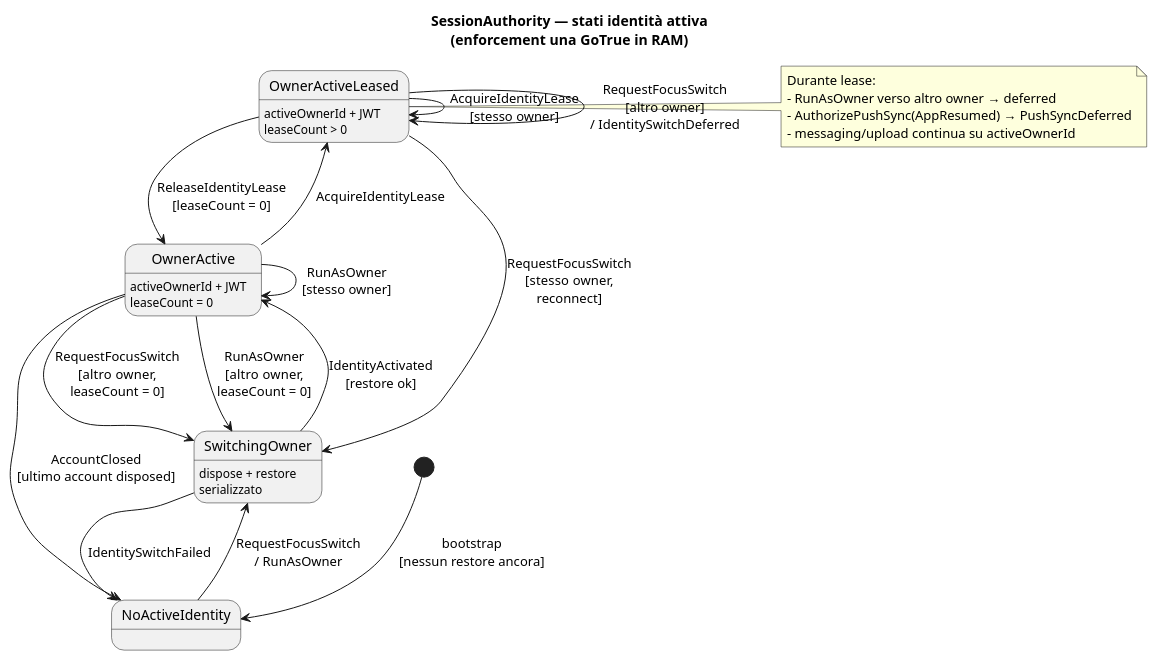
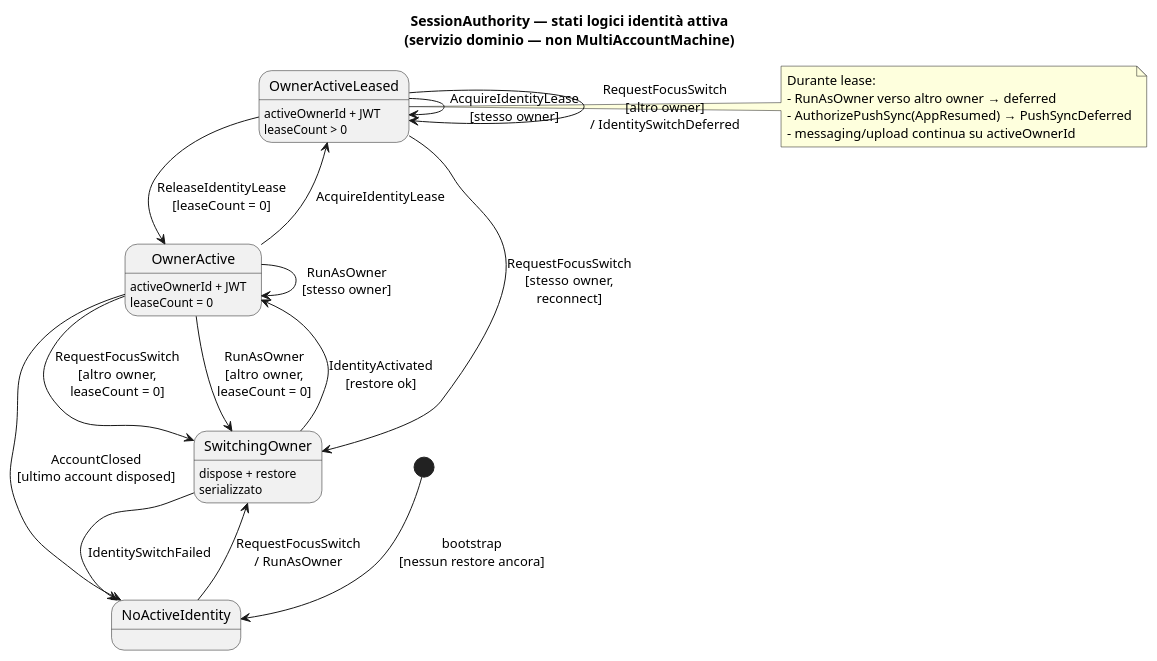
Before and after one commit to alfred-im/alfred-im: the diagram in docs/model/uml/multi-account/session-authority-state.puml, drawn with PlantUML. The commit also changed 13 other files, not shown here.

First line of the commit message:
docs(model): invarianti verified, SessionAuthority service profile, gate esteso

```diff
--- a/docs/model/uml/multi-account/session-authority-state.puml
+++ b/docs/model/uml/multi-account/session-authority-state.puml
@@ -1,40 +1,41 @@
 @startuml session-authority-state
 ' Context: multi-account
-' Profile: client
+' Profile: service (specifica logica — NON statechart Dart in client/lib/machines/)
 ' SDD: PROM-MULTI-ACCOUNT (enforcement interno — nessun amend osservabile)
-' Revision: 2026-08-02
+' Revision: 2026-08-08
+' Implementazione: client/lib/services/session_authority.dart (servizio imperativo)
 
-title SessionAuthority — stati identità attiva\n(enforcement una GoTrue in RAM)
+title SessionAuthority — stati logici identità attiva\n(servizio dominio — non MultiAccountMachine)
 
 state NoActiveIdentity
 state OwnerActive : activeOwnerId + JWT\nleaseCount = 0
 state OwnerActiveLeased : activeOwnerId + JWT\nleaseCount > 0
 state SwitchingOwner : dispose + restore\nserializzato
 
 [*] --> NoActiveIdentity : bootstrap\n[nessun restore ancora]
 
 NoActiveIdentity --> SwitchingOwner : RequestFocusSwitch\n/ RunAsOwner
 SwitchingOwner --> OwnerActive : IdentityActivated\n[restore ok]
 SwitchingOwner --> NoActiveIdentity : IdentitySwitchFailed
 
 OwnerActive --> SwitchingOwner : RequestFocusSwitch\n[altro owner,\nleaseCount = 0]
 OwnerActive --> OwnerActiveLeased : AcquireIdentityLease
 OwnerActiveLeased --> OwnerActive : ReleaseIdentityLease\n[leaseCount = 0]
 OwnerActiveLeased --> OwnerActiveLeased : AcquireIdentityLease\n[stesso owner]
 
 OwnerActiveLeased --> OwnerActiveLeased : RequestFocusSwitch\n[altro owner]\n/ IdentitySwitchDeferred
 OwnerActiveLeased --> SwitchingOwner : RequestFocusSwitch\n[stesso owner,\nreconnect]
 
 OwnerActive --> OwnerActive : RunAsOwner\n[stesso owner]
 OwnerActive --> SwitchingOwner : RunAsOwner\n[altro owner,\nleaseCount = 0]
 
 OwnerActive --> NoActiveIdentity : AccountClosed\n[ultimo account disposed]
 
 note right of OwnerActiveLeased
   Durante lease:
   - RunAsOwner verso altro owner → deferred
   - AuthorizePushSync(AppResumed) → PushSyncDeferred
   - messaging/upload continua su activeOwnerId
 end note
 
 @enduml
```
